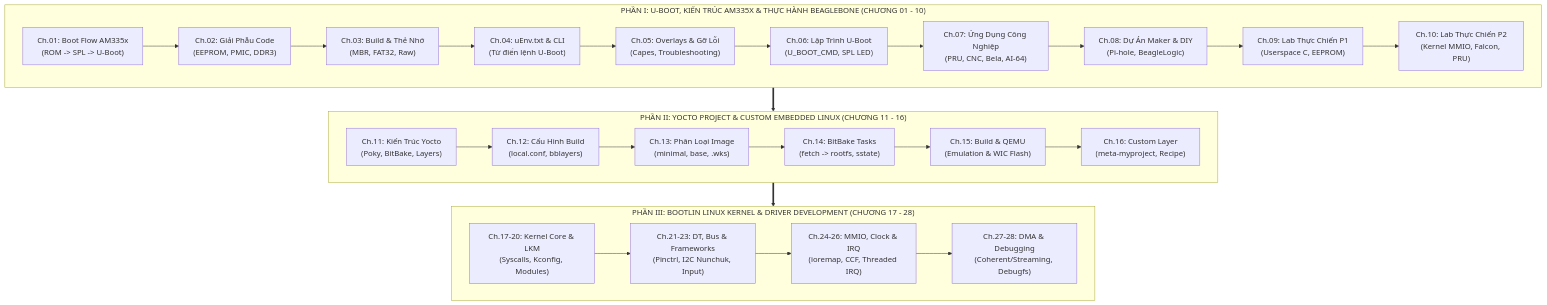
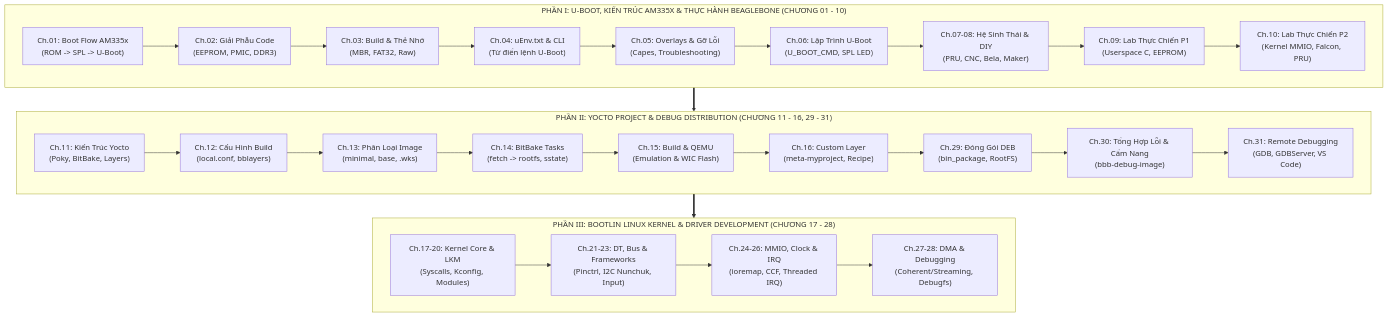
One commit to thinh1210/Obsidian changed the diagram in UBoot_BeagleBone/README.md. Above: the diagram before and after it, drawn with Mermaid. The commit also changed other lines of this file and 2 other files, not shown here.

Commit message:
fix(docs): repair ASCII diagram in Ch09 and sync 31 chapters in README roadmap

````diff
--- a/UBoot_BeagleBone/README.md
+++ b/UBoot_BeagleBone/README.md
@@ -14,34 +14,36 @@
 ```mermaid
 graph TD
     subgraph Part1["PHẦN I: U-BOOT, KIẾN TRÚC AM335X & THỰC HÀNH BEAGLEBONE (CHƯƠNG 01 - 10)"]
         direction LR
         Ch1["Ch.01: Boot Flow AM335x<br>(ROM -> SPL -> U-Boot)"] --> Ch2["Ch.02: Giải Phẫu Code<br>(EEPROM, PMIC, DDR3)"]
         Ch2 --> Ch3["Ch.03: Build & Thẻ Nhớ<br>(MBR, FAT32, Raw)"]
         Ch3 --> Ch4["Ch.04: uEnv.txt & CLI<br>(Từ điển lệnh U-Boot)"]
         Ch4 --> Ch5["Ch.05: Overlays & Gỡ Lỗi<br>(Capes, Troubleshooting)"]
         Ch5 --> Ch6["Ch.06: Lập Trình U-Boot<br>(U_BOOT_CMD, SPL LED)"]
-        Ch6 --> Ch7["Ch.07: Ứng Dụng Công Nghiệp<br>(PRU, CNC, Bela, AI-64)"]
-        Ch7 --> Ch8["Ch.08: Dự Án Maker & DIY<br>(Pi-hole, BeagleLogic)"]
-        Ch8 --> Ch9["Ch.09: Lab Thực Chiến P1<br>(Userspace C, EEPROM)"]
+        Ch6 --> Ch7["Ch.07-08: Hệ Sinh Thái & DIY<br>(PRU, CNC, Bela, Maker)"]
+        Ch7 --> Ch9["Ch.09: Lab Thực Chiến P1<br>(Userspace C, EEPROM)"]
         Ch9 --> Ch10["Ch.10: Lab Thực Chiến P2<br>(Kernel MMIO, Falcon, PRU)"]
     end
 
-    subgraph Part2["PHẦN II: YOCTO PROJECT & CUSTOM EMBEDDED LINUX (CHƯƠNG 11 - 16)"]
+    subgraph Part2["PHẦN II: YOCTO PROJECT & DEBUG DISTRIBUTION (CHƯƠNG 11 - 16, 29 - 31)"]
         direction LR
         Ch11["Ch.11: Kiến Trúc Yocto<br>(Poky, BitBake, Layers)"] --> Ch12["Ch.12: Cấu Hình Build<br>(local.conf, bblayers)"]
         Ch12 --> Ch13["Ch.13: Phân Loại Image<br>(minimal, base, .wks)"]
         Ch13 --> Ch14["Ch.14: BitBake Tasks<br>(fetch -> rootfs, sstate)"]
         Ch14 --> Ch15["Ch.15: Build & QEMU<br>(Emulation & WIC Flash)"]
         Ch15 --> Ch16["Ch.16: Custom Layer<br>(meta-myproject, Recipe)"]
+        Ch16 --> Ch29["Ch.29: Đóng Gói DEB<br>(bin_package, RootFS)"]
+        Ch29 --> Ch30["Ch.30: Tổng Hợp Lỗi & Cẩm Nang<br>(bbb-debug-image)"]
+        Ch30 --> Ch31["Ch.31: Remote Debugging<br>(GDB, GDBServer, VS Code)"]
     end
 
     subgraph Part3["PHẦN III: BOOTLIN LINUX KERNEL & DRIVER DEVELOPMENT (CHƯƠNG 17 - 28)"]
         direction LR
         Ch17["Ch.17-20: Kernel Core & LKM<br>(Syscalls, Kconfig, Modules)"] --> Ch21["Ch.21-23: DT, Bus & Frameworks<br>(Pinctrl, I2C Nunchuk, Input)"]
         Ch21 --> Ch24["Ch.24-26: MMIO, Clock & IRQ<br>(ioremap, CCF, Threaded IRQ)"]
         Ch24 --> Ch27["Ch.27-28: DMA & Debugging<br>(Coherent/Streaming, Debugfs)"]
     end
 
     Part1 ==> Part2
     Part2 ==> Part3
 ```
````
